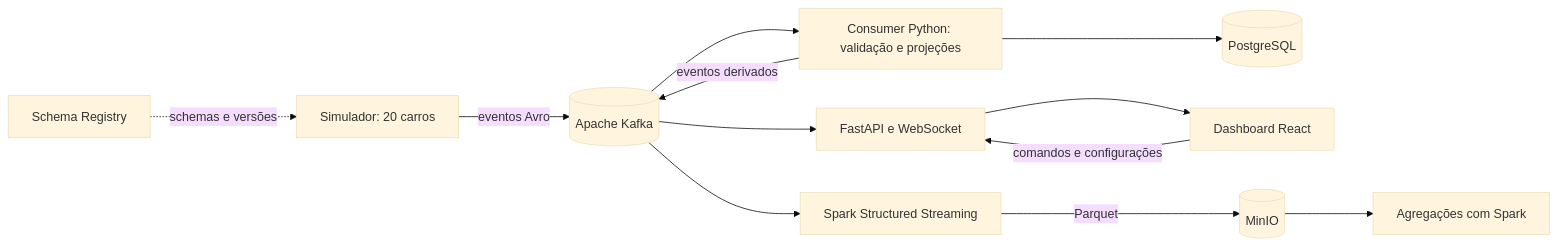
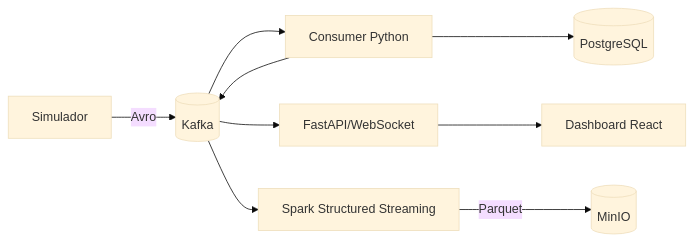
Before and after one commit to faelk8/lab_race_stream: the diagram in README.md, drawn with Mermaid (base theme). The commit also changed other lines of this file and 27 other files, not shown here.

````diff
--- a/README.md
+++ b/README.md
@@ -74,14 +65,11 @@
 ```mermaid
 flowchart LR
-    SIM[Simulador: 20 carros] -->|eventos Avro| K[(Apache Kafka)]
-    SR[Schema Registry] -. schemas e versões .-> SIM
-    K --> C[Consumer Python: validação e projeções]
-    C -->|eventos derivados| K
-    C --> PG[(PostgreSQL)]
-    K --> API[FastAPI e WebSocket]
+    SIM[Simulador] -->|Avro| K[(Kafka)]
+    K --> CON[Consumer Python]
+    CON --> PG[(PostgreSQL)]
+    CON --> K
+    K --> API[FastAPI/WebSocket]
     API --> UI[Dashboard React]
-    UI -->|comandos e configurações| API
     K --> SP[Spark Structured Streaming]
-    SP -->|Parquet| MINIO[(MinIO)]
-    MINIO --> BATCH[Agregações com Spark]
+    SP -->|Parquet| M[(MinIO)]
 ```
````
